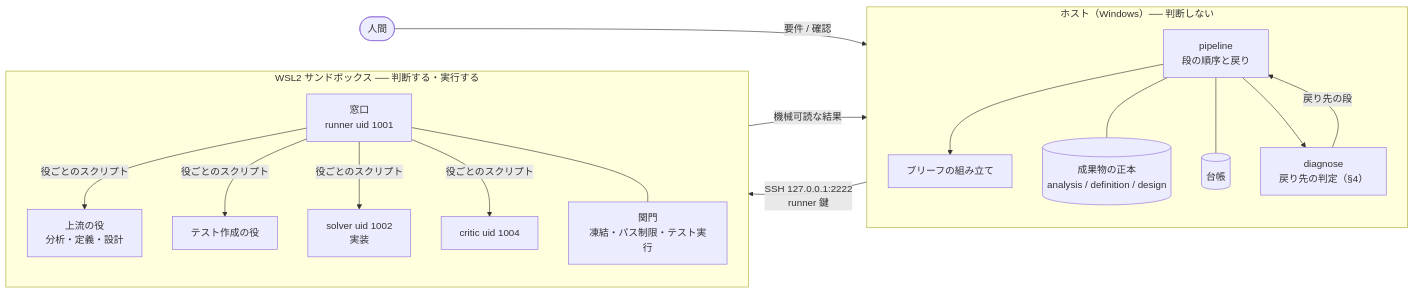
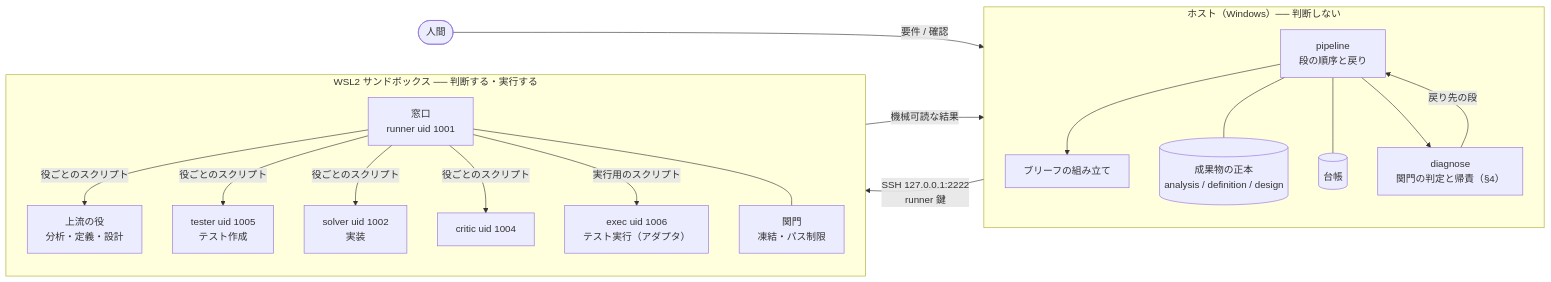
One commit to Nakano-official/Loop-Engine changed the first of 2 diagrams in docs/REDESIGN.md. Above: the diagram before and after it, drawn with Mermaid. The commit also changed other lines of this file, not shown here.

````diff
--- a/docs/REDESIGN.md
+++ b/docs/REDESIGN.md
@@ -177,34 +318,36 @@
 ```mermaid
 flowchart LR
   human(["人間"])
   subgraph host["ホスト（Windows）── 判断しない"]
     direction TB
     pipeline["pipeline<br/>段の順序と戻り"]
-    diagnose["diagnose<br/>戻り先の判定（§4）"]
+    diagnose["diagnose<br/>関門の判定と帰責（§4）"]
     brief["ブリーフの組み立て"]
     store[("成果物の正本<br/>analysis / definition / design")]
     ledger[("台帳")]
   end
   subgraph box["WSL2 サンドボックス ── 判断する・実行する"]
     direction TB
     exec["窓口<br/>runner uid 1001"]
     upstream["上流の役<br/>分析・定義・設計"]
-    tester["テスト作成の役"]
+    tester["tester uid 1005<br/>テスト作成"]
     solver["solver uid 1002<br/>実装"]
     critic["critic uid 1004"]
-    gates["関門<br/>凍結・パス制限・テスト実行"]
+    gates["関門<br/>凍結・パス制限"]
+    run["exec uid 1006<br/>テスト実行（アダプタ）"]
   end
   human -->|"要件 / 確認"| pipeline
   pipeline --> brief
   brief -->|"SSH 127.0.0.1:2222<br/>runner 鍵"| exec
   exec -->|"役ごとのスクリプト"| upstream
   exec -->|"役ごとのスクリプト"| tester
   exec -->|"役ごとのスクリプト"| solver
   exec -->|"役ごとのスクリプト"| critic
+  exec -->|"実行用のスクリプト"| run
   exec --- gates
   exec -->|"機械可読な結果"| pipeline
   pipeline --- store
   pipeline --- ledger
   pipeline --> diagnose
   diagnose -->|"戻り先の段"| pipeline
 ```
````
